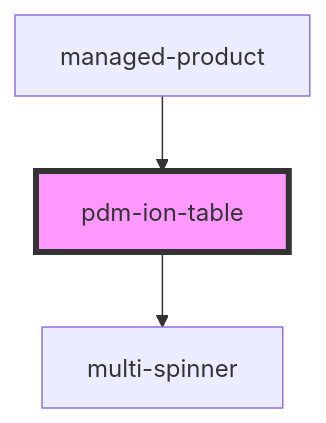
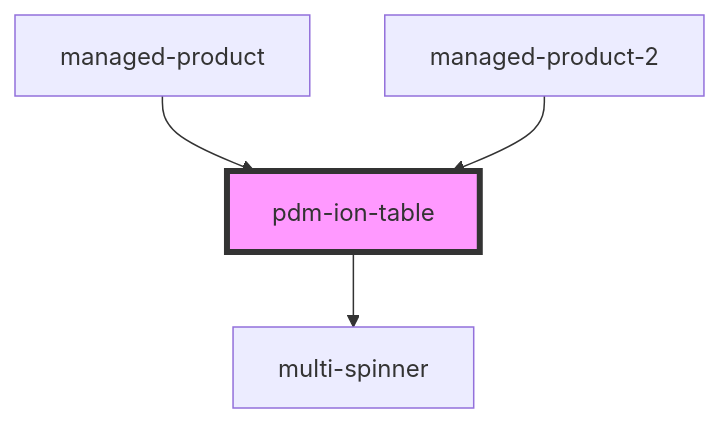
The diagram in pdm-web-components/src/components/pdm-ion-table/readme.md (PharmaLedger-IMI/fgt-workspace), drawn with Mermaid before and after one commit. The commit also changed other lines of this file and 55 other files, not shown here.

````diff
--- a/pdm-web-components/src/components/pdm-ion-table/readme.md
+++ b/pdm-web-components/src/components/pdm-ion-table/readme.md
@@ -62,6 +63,7 @@
 ```mermaid
 graph TD;
   pdm-ion-table --> multi-spinner
   managed-product --> pdm-ion-table
+  managed-product-2 --> pdm-ion-table
   style pdm-ion-table fill:#f9f,stroke:#333,stroke-width:4px
 ```
````
